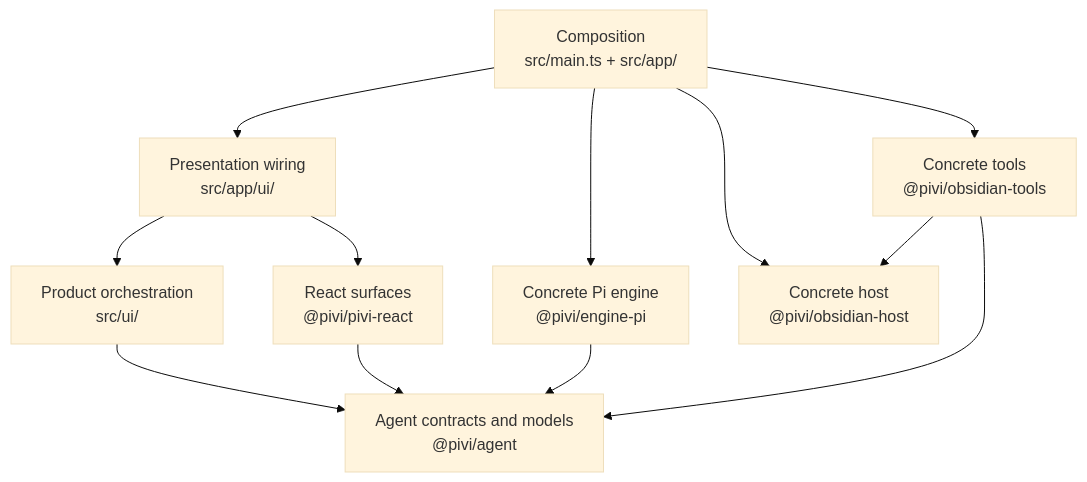
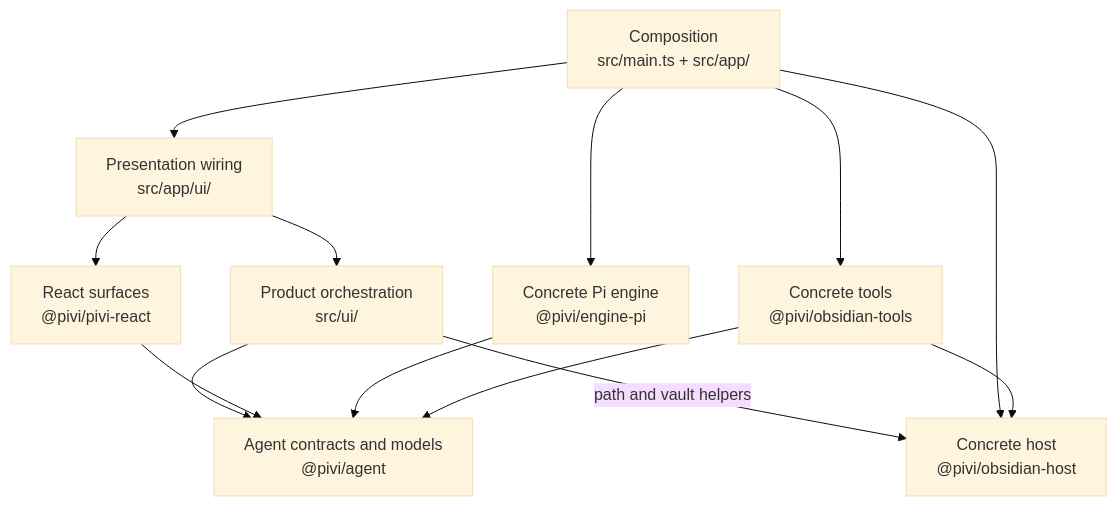
One commit to shuuul/obsidian-pivi changed the second of 3 diagrams in docs/README.md. Above: the diagram before and after it, drawn with Mermaid (base theme). The commit also changed other lines of this file and 328 other files, not shown here.

````diff
--- a/docs/README.md
+++ b/docs/README.md
@@ -49,14 +50,15 @@
 ```mermaid
 flowchart TD
   Composition["Composition<br/>src/main.ts + src/app/"] --> Presentation["Presentation wiring<br/>src/app/ui/"]
   Presentation --> ProductUI["Product orchestration<br/>src/ui/"]
   Presentation --> React["React surfaces<br/>@pivi/pivi-react"]
   ProductUI --> Agent["Agent contracts and models<br/>@pivi/agent"]
+  ProductUI -- "path and vault helpers" --> Host
   React --> Agent
   Composition --> Engine["Concrete Pi engine<br/>@pivi/engine-pi"]
   Engine --> Agent
   Composition --> Host["Concrete host<br/>@pivi/obsidian-host"]
   Composition --> Tools["Concrete tools<br/>@pivi/obsidian-tools"]
   Tools --> Host
   Tools --> Agent
 ```
````
